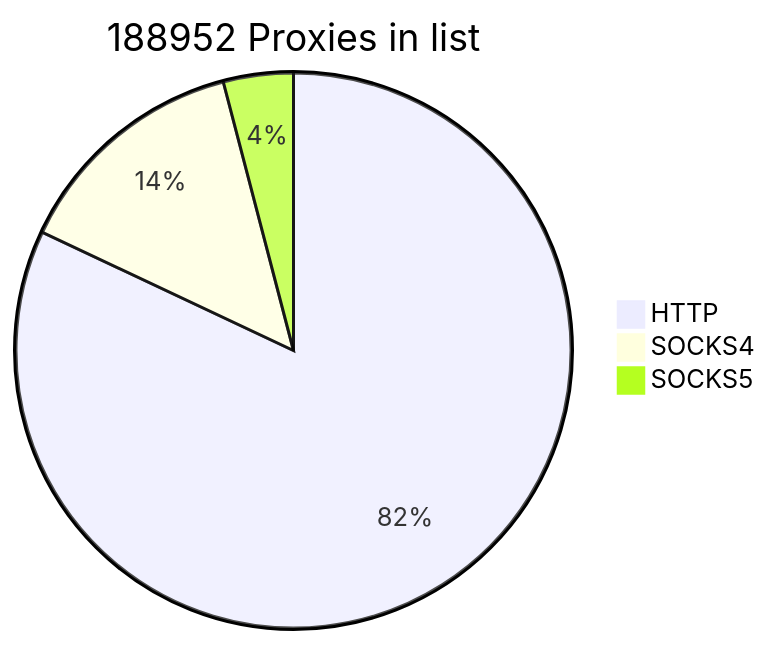
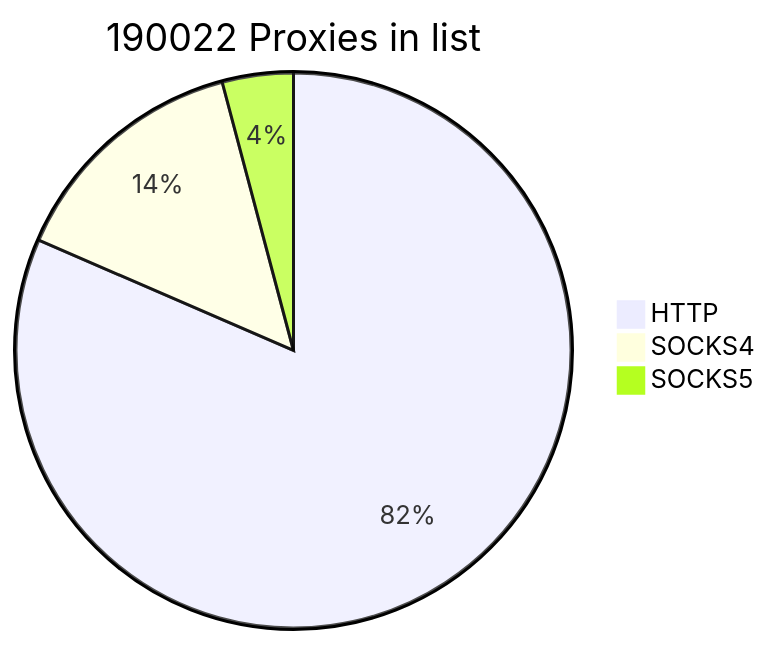
The first of 2 diagrams in README.md (cutipu/proxylist), drawn with Mermaid before and after one commit. The commit also changed other lines of this file, not shown here.

````diff
--- a/README.md
+++ b/README.md
@@ -2,7 +2,7 @@
 ```mermaid
-pie title 188952 Proxies in list
-    "HTTP" : 154946
-    "SOCKS4" : 26320
-    "SOCKS5" : 7686
+pie title 190022 Proxies in list
+    "HTTP" : 154884
+    "SOCKS4" : 27285
+    "SOCKS5" : 7853
             
 ```
````
